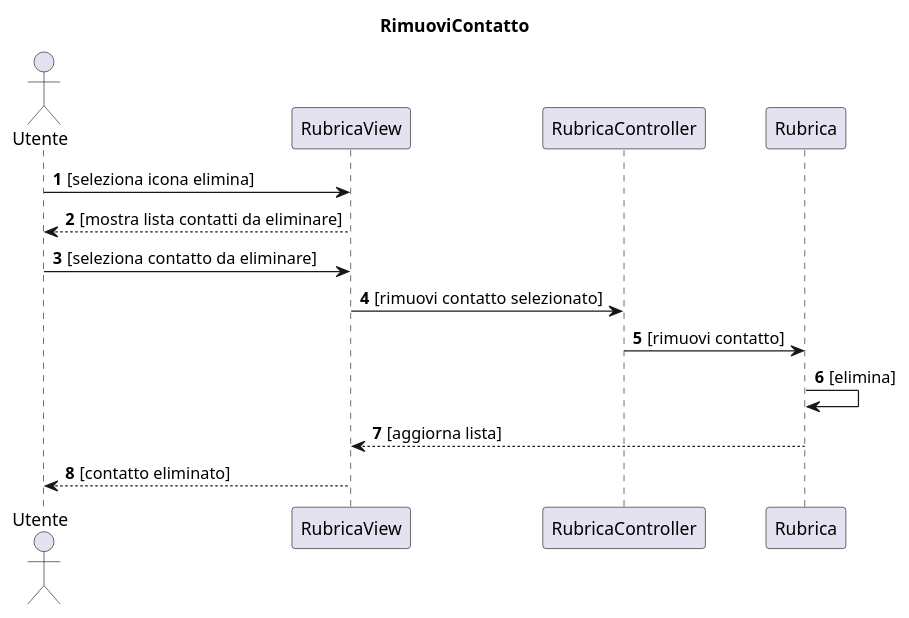
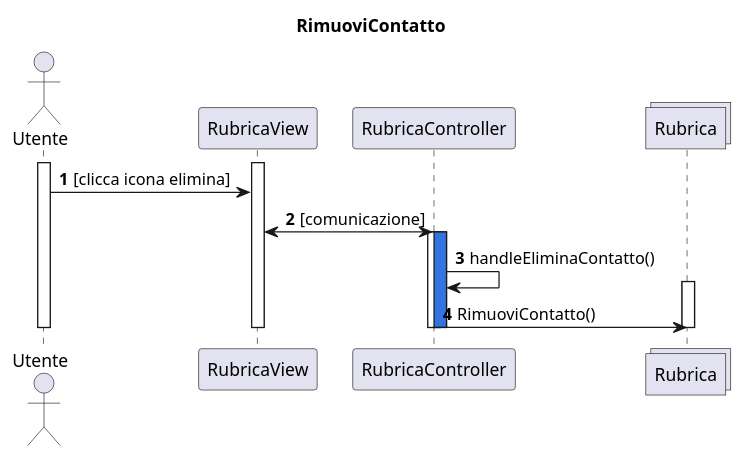
One commit to emanueletocci/uni-swe-project changed the diagram in docs/bozze/Diagrammi/Sequenza/ScenarioRimuoviContatto.puml. Above: the diagram before and after it, drawn with PlantUML.

```diff
--- a/docs/bozze/Diagrammi/Sequenza/ScenarioRimuoviContatto.puml
+++ b/docs/bozze/Diagrammi/Sequenza/ScenarioRimuoviContatto.puml
@@ -1,16 +1,22 @@
 @startuml Rimozione contatto
 title RimuoviContatto
 autonumber
 actor Utente
+activate Utente
 participant RubricaView
 participant RubricaController
-participant Rubrica
-Utente -> RubricaView: [seleziona icona elimina]
-RubricaView --> Utente: [mostra lista contatti da eliminare]
-Utente -> RubricaView: [seleziona contatto da eliminare]
-RubricaView -> RubricaController: [rimuovi contatto selezionato]
-RubricaController -> Rubrica: [rimuovi contatto]
-Rubrica -> Rubrica: [elimina]
-Rubrica --> RubricaView: [aggiorna lista]
-RubricaView --> Utente: [contatto eliminato]
+collections Rubrica
+activate RubricaView
+Utente -> RubricaView: [clicca icona elimina]
+RubricaView <-> RubricaController : [comunicazione]
+activate RubricaController
+activate RubricaController #3375E0
+RubricaController -> RubricaController: handleEliminaContatto()
+activate Rubrica
+RubricaController -> Rubrica : RimuoviContatto()
+deactivate Rubrica
+deactivate RubricaView
+deactivate RubricaController
+deactivate RubricaController
+deactivate Utente
 @enduml
```
